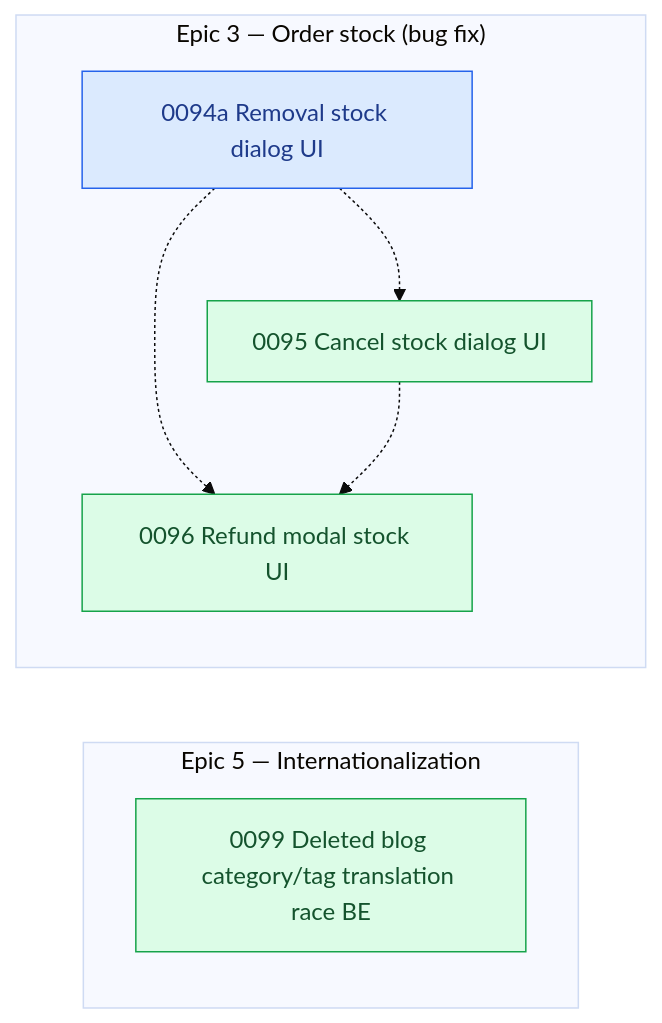
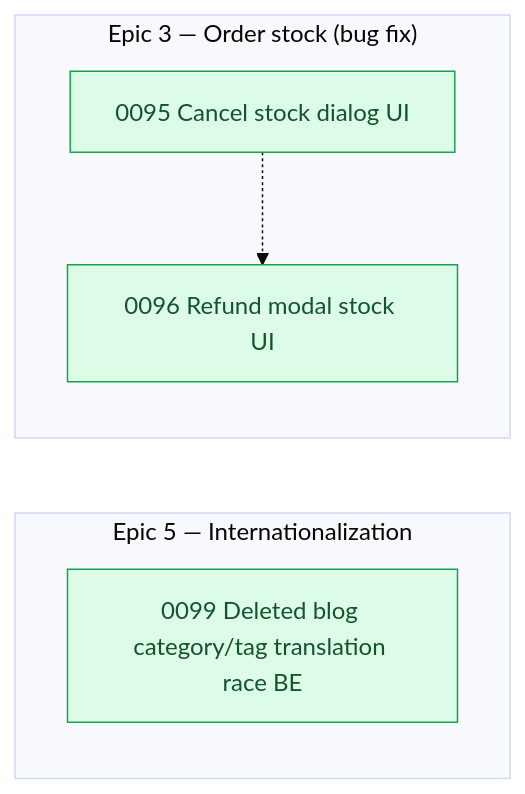
The diagram in arospe/ai-spec/tasks-map.md (shojen/AI4Devs-finalproject), drawn with Mermaid (base theme) before and after one commit. The commit also changed other lines of this file and 9 other files, not shown here.

```diff
--- a/arospe/ai-spec/tasks-map.md
+++ b/arospe/ai-spec/tasks-map.md
@@ -644,17 +643,13 @@
 
     subgraph PEND_STOCK["Epic 3 — Order stock (bug fix)"]
         direction TB
-        P0094a["0094a Removal stock dialog UI"]
         P0095["0095 Cancel stock dialog UI"]
         P0096["0096 Refund modal stock UI"]
     end
     %% (P0089 merged into P0088 and P0092 split into P0092a/P0092b on 2026-11-08; their nodes and edges are dropped.)
     %% (P0088 --> P0090/P0091/P0092b replaced by P0088 --> P0088a --> … on 2026-11-08, review #4 split.)
-    P0094a -.-> P0095
-    P0094a -.-> P0096
     P0095 -.-> P0096
     class P0095,P0096 ready;
-    class P0094a claimed;
 
     %% Standalone (no PRD epic)
     %% (P0082's own node dropped: 0082 closed to done/ this pass, per the update at the top of this file.)
```
